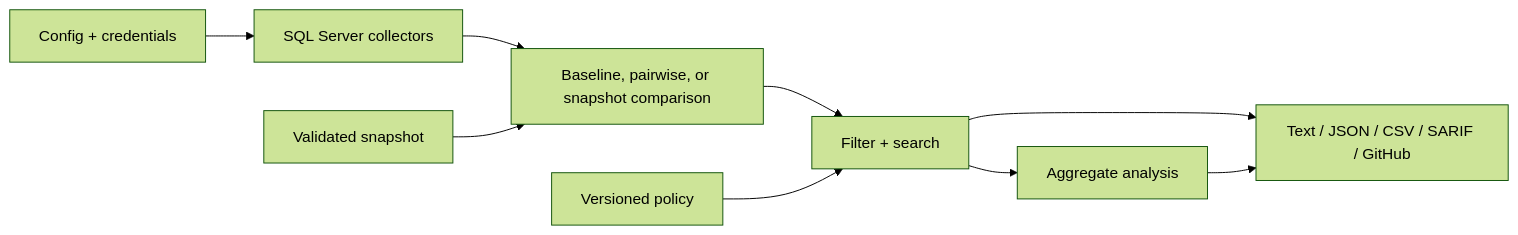
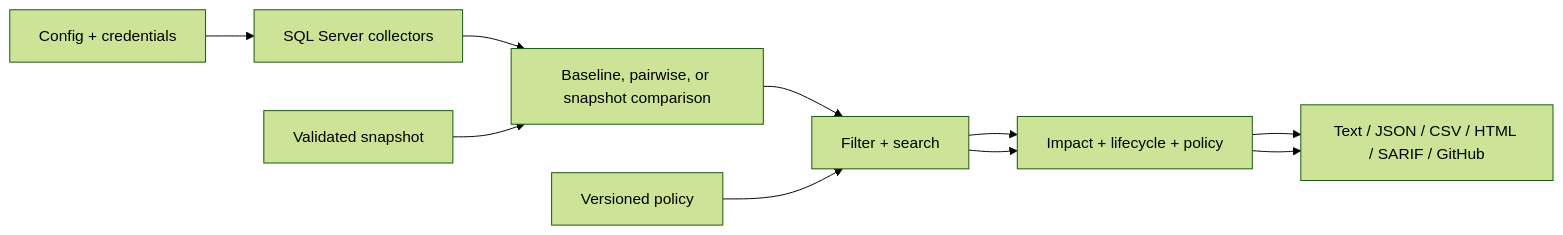
Before and after one commit to MarcosAlves90/driftwatch: the diagram in docs/architecture/README.md, drawn with Mermaid (forest theme). The commit also changed other lines of this file and 18 other files, not shown here.

````diff
--- a/docs/architecture/README.md
+++ b/docs/architecture/README.md
@@ -22,11 +23,12 @@
 ```mermaid
 flowchart LR
   Config["Config + credentials"] --> Collect["SQL Server collectors"]
   Collect --> Compare["Baseline, pairwise, or snapshot comparison"]
   Snapshot["Validated snapshot"] --> Compare
   Compare --> Select["Filter + search"]
   Policy["Versioned policy"] --> Select
   Select --> Analyze["Aggregate analysis"]
-  Select --> Render["Text / JSON / CSV / SARIF / GitHub"]
+  Select --> Analyze["Impact + lifecycle + policy"]
+  Analyze --> Render["Text / JSON / CSV / HTML / SARIF / GitHub"]
   Analyze --> Render
 ```
````
